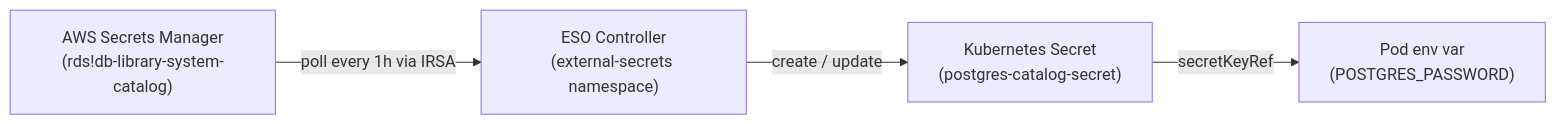
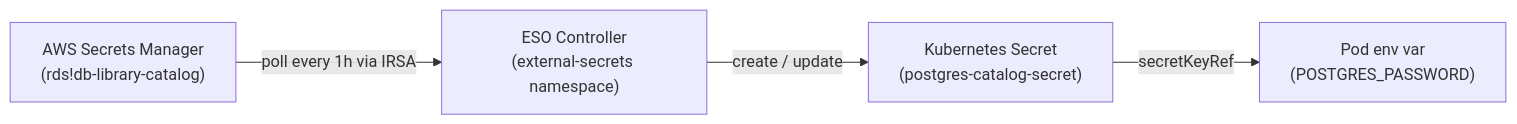
One commit to fesoliveira014/go-journey changed the diagram in docs/src/ch14/secrets.md. Above: the diagram before and after it, drawn with Mermaid. The commit also changed other lines of this file and 70 other files, not shown here.

````diff
--- a/docs/src/ch14/secrets.md
+++ b/docs/src/ch14/secrets.md
@@ -42,11 +42,11 @@
 ```mermaid
 flowchart LR
-    ASM["AWS Secrets Manager\n(rds!db-library-system-catalog)"]
+    ASM["AWS Secrets Manager\n(rds!db-library-catalog)"]
     ESO["ESO Controller\n(external-secrets namespace)"]
     KS["Kubernetes Secret\n(postgres-catalog-secret)"]
     POD["Pod env var\n(POSTGRES_PASSWORD)"]
 
     ASM -->|poll every 1h via IRSA| ESO
     ESO -->|create / update| KS
     KS -->|secretKeyRef| POD
 ```
````
